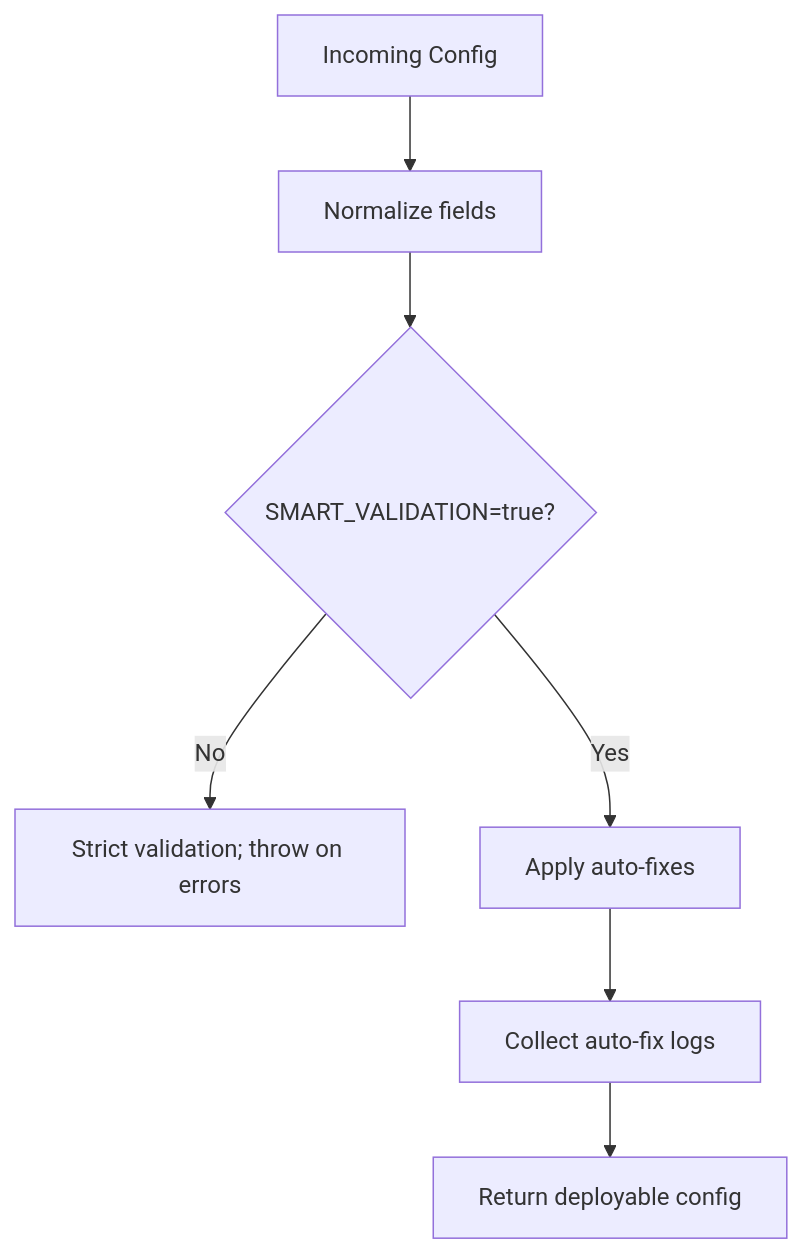
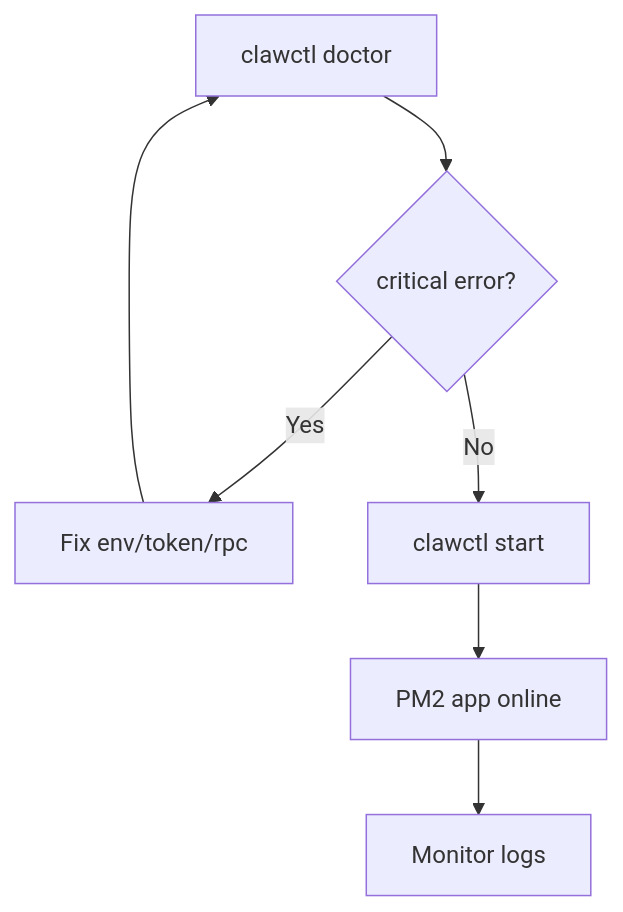
The fourth of 4 diagrams in docs/SYSTEM_ARCHITECTURE.md (Timcuan/clank-and-claw), drawn with Mermaid before and after one commit. The commit also changed other lines of this file and 3 other files, not shown here.

Commit message:
docs: revamp visual runbook and flow documentation

````diff
--- a/docs/SYSTEM_ARCHITECTURE.md
+++ b/docs/SYSTEM_ARCHITECTURE.md
@@ -60,9 +155,9 @@
 ```mermaid
 flowchart TD
-    A[Incoming Config] --> B[Normalize fields]
-    B --> C{SMART_VALIDATION=true?}
-    C -- No --> D[Strict validation; throw on errors]
-    C -- Yes --> E[Apply auto-fixes]
-    E --> F[Collect auto-fix logs]
-    F --> G[Return deployable config]
+    A[clawctl doctor] --> B{critical error?}
+    B -- Yes --> C[Fix env/token/rpc]
+    C --> A
+    B -- No --> D[clawctl start]
+    D --> E[PM2 app online]
+    E --> F[Monitor logs]
 ```
````
